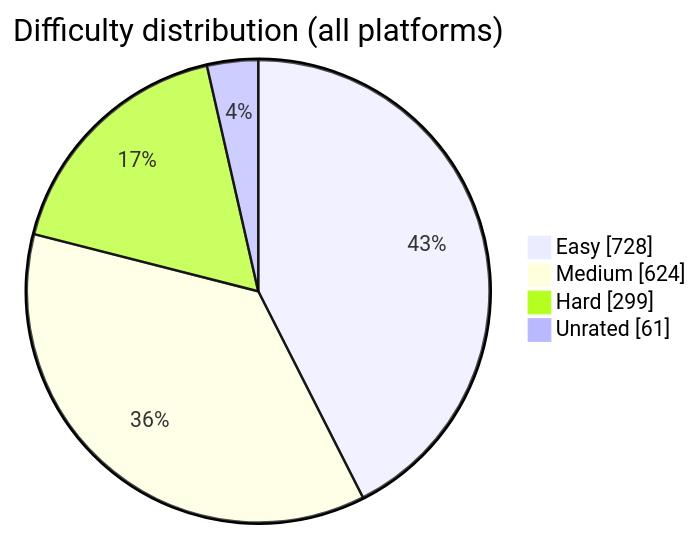
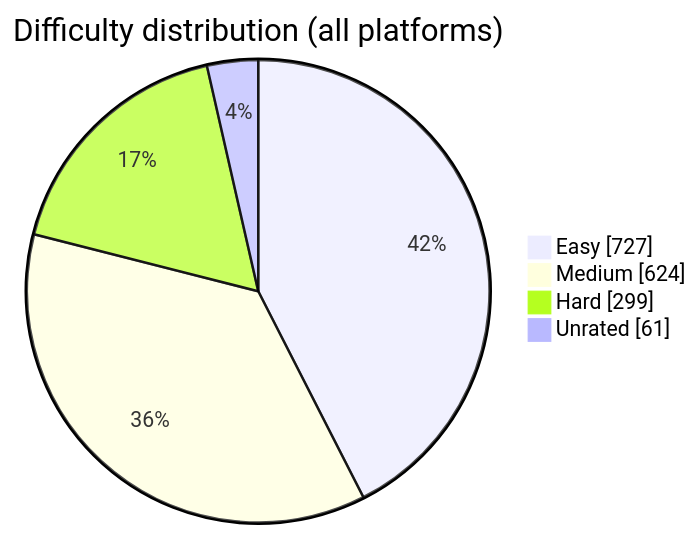
Before and after one commit to BuildbyArindam/Daily-Coding-Log: the diagram in README.md, drawn with Mermaid. The commit also changed other lines of this file, not shown here.

````diff
--- a/README.md
+++ b/README.md
@@ -93,7 +93,7 @@
 ```mermaid
 pie showData title Difficulty distribution (all platforms)
-    "Easy" : 728
+    "Easy" : 727
     "Medium" : 624
     "Hard" : 299
     "Unrated" : 61
 ```
````
